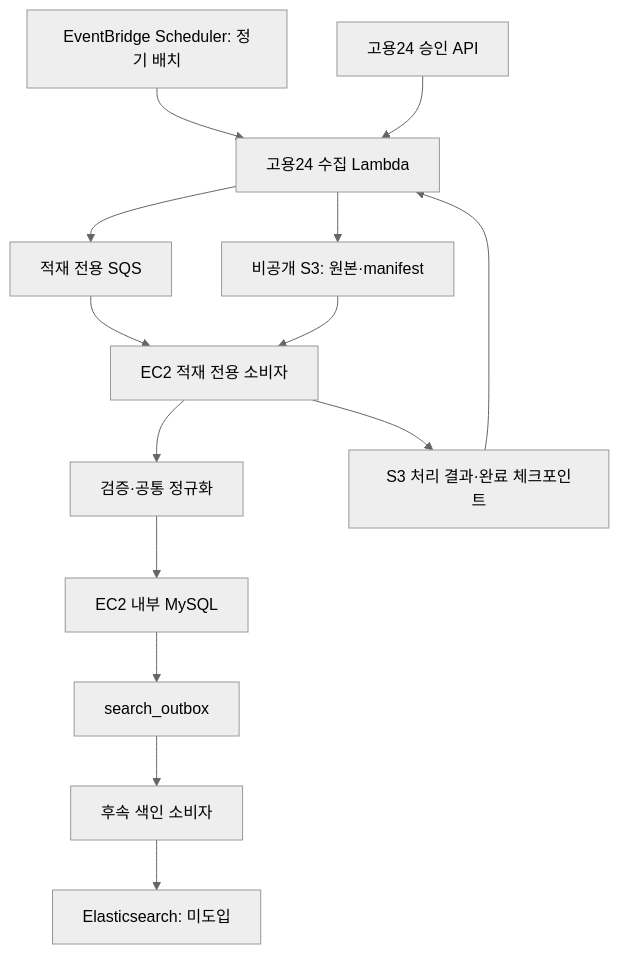
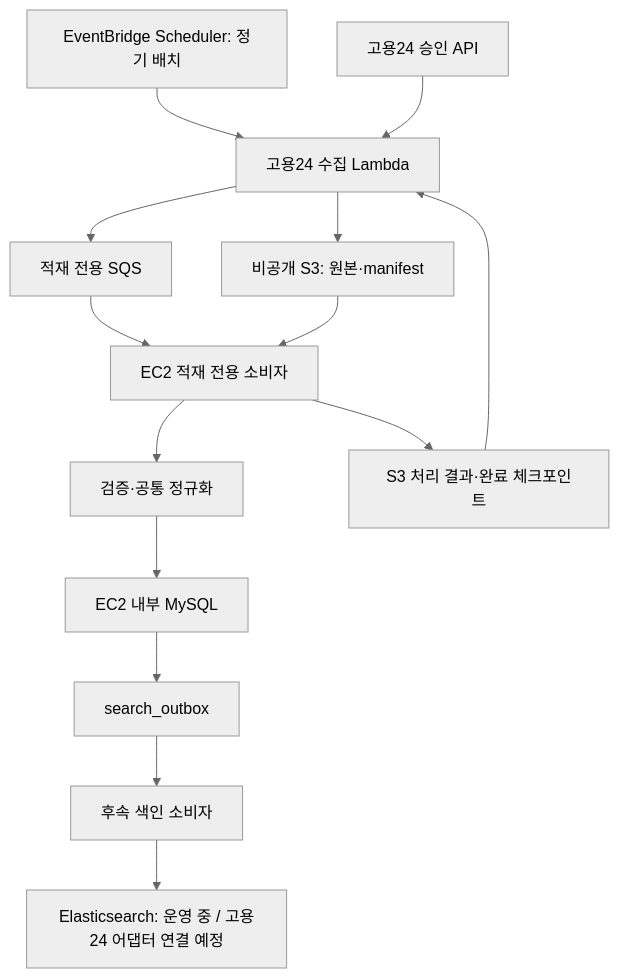
The diagram in app/ingestion/GOYONG24_PIPELINE.md (Ssecsecyee/career-matching), drawn with Mermaid (neutral theme) before and after one commit. The commit also changed other lines of this file and 13 other files, not shown here.

````diff
--- a/app/ingestion/GOYONG24_PIPELINE.md
+++ b/app/ingestion/GOYONG24_PIPELINE.md
@@ -31,16 +38,16 @@
 ```mermaid
 flowchart TD
     S[EventBridge Scheduler: 정기 배치] --> L[고용24 수집 Lambda]
     A[고용24 승인 API] --> L
     L --> R[비공개 S3: 원본·manifest]
     L --> Q[적재 전용 SQS]
     Q --> W[EC2 적재 전용 소비자]
     R --> W
     W --> V[검증·공통 정규화]
     V --> DB[EC2 내부 MySQL]
     DB --> O[search_outbox]
     O --> I[후속 색인 소비자]
-    I --> ES[Elasticsearch: 미도입]
+    I --> ES[Elasticsearch: 운영 중 / 고용24 어댑터 연결 예정]
     W --> C[S3 처리 결과·완료 체크포인트]
     C --> L
 ```
````
